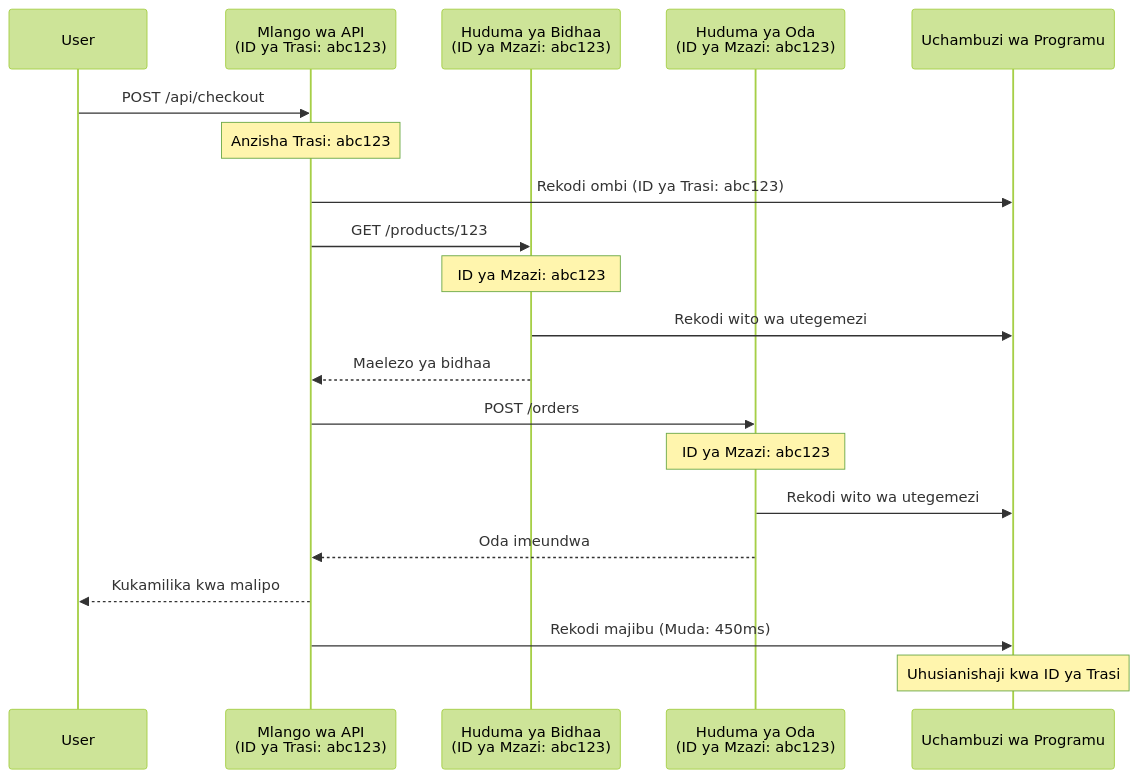
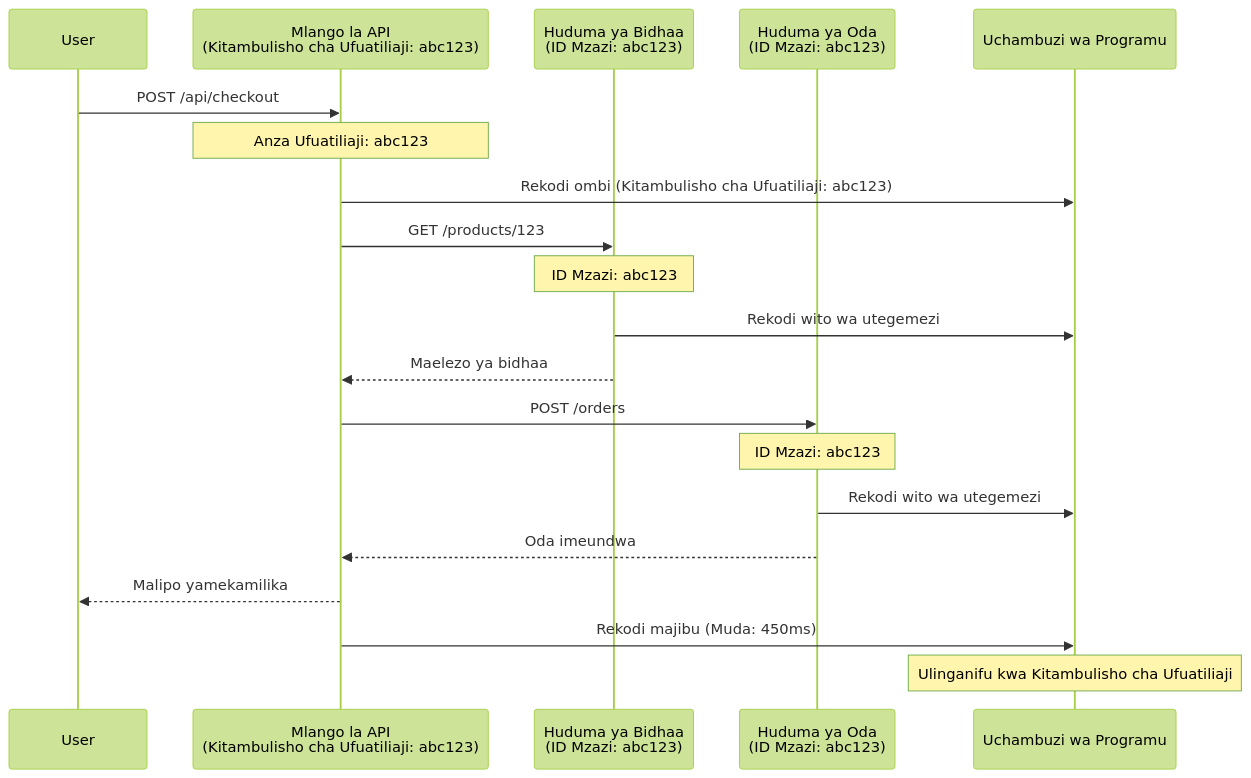
The second of 2 diagrams in translations/sw/docs/chapter-06-pre-deployment/application-insights.md (microsoft/AZD-for-beginners), drawn with Mermaid (forest theme) before and after one commit. The commit also changed other lines of this file and 101 other files, not shown here.

````diff
--- a/translations/sw/docs/chapter-06-pre-deployment/application-insights.md
+++ b/translations/sw/docs/chapter-06-pre-deployment/application-insights.md
@@ -744,27 +744,27 @@
 ```mermaid
 sequenceDiagram
     participant User
-    participant Gateway as Mlango wa API<br/>(ID ya Trasi: abc123)
-    participant Product as Huduma ya Bidhaa<br/>(ID ya Mzazi: abc123)
-    participant Order as Huduma ya Oda<br/>(ID ya Mzazi: abc123)
+    participant Gateway as Mlango la API<br/>(Kitambulisho cha Ufuatiliaji: abc123)
+    participant Product as Huduma ya Bidhaa<br/>(ID Mzazi: abc123)
+    participant Order as Huduma ya Oda<br/>(ID Mzazi: abc123)
     participant AppInsights as Uchambuzi wa Programu
     
     User->>Gateway: POST /api/checkout
-    Note over Gateway: Anzisha Trasi: abc123
-    Gateway->>AppInsights: Rekodi ombi (ID ya Trasi: abc123)
+    Note over Gateway: Anza Ufuatiliaji: abc123
+    Gateway->>AppInsights: Rekodi ombi (Kitambulisho cha Ufuatiliaji: abc123)
     
     Gateway->>Product: GET /products/123
-    Note over Product: ID ya Mzazi: abc123
+    Note over Product: ID Mzazi: abc123
     Product->>AppInsights: Rekodi wito wa utegemezi
     Product-->>Gateway: Maelezo ya bidhaa
     
     Gateway->>Order: POST /orders
-    Note over Order: ID ya Mzazi: abc123
+    Note over Order: ID Mzazi: abc123
     Order->>AppInsights: Rekodi wito wa utegemezi
     Order-->>Gateway: Oda imeundwa
     
-    Gateway-->>User: Kukamilika kwa malipo
+    Gateway-->>User: Malipo yamekamilika
     Gateway->>AppInsights: Rekodi majibu (Muda: 450ms)
     
-    Note over AppInsights: Uhusianishaji kwa ID ya Trasi
+    Note over AppInsights: Ulinganifu kwa Kitambulisho cha Ufuatiliaji
 ```
````
